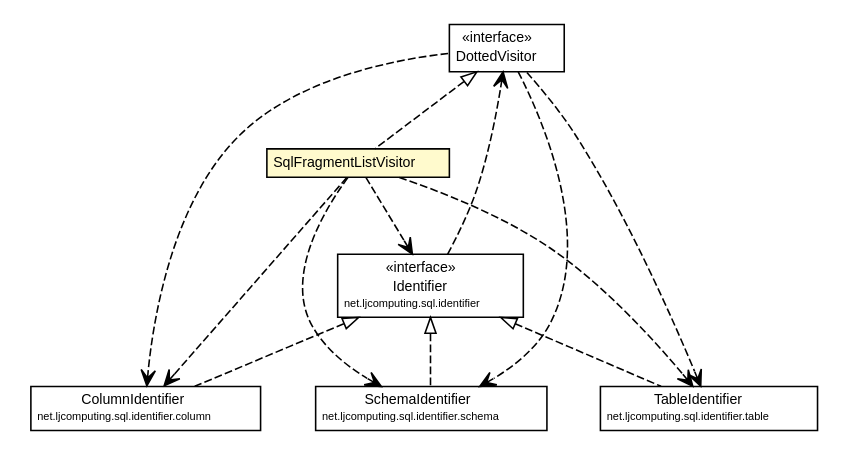
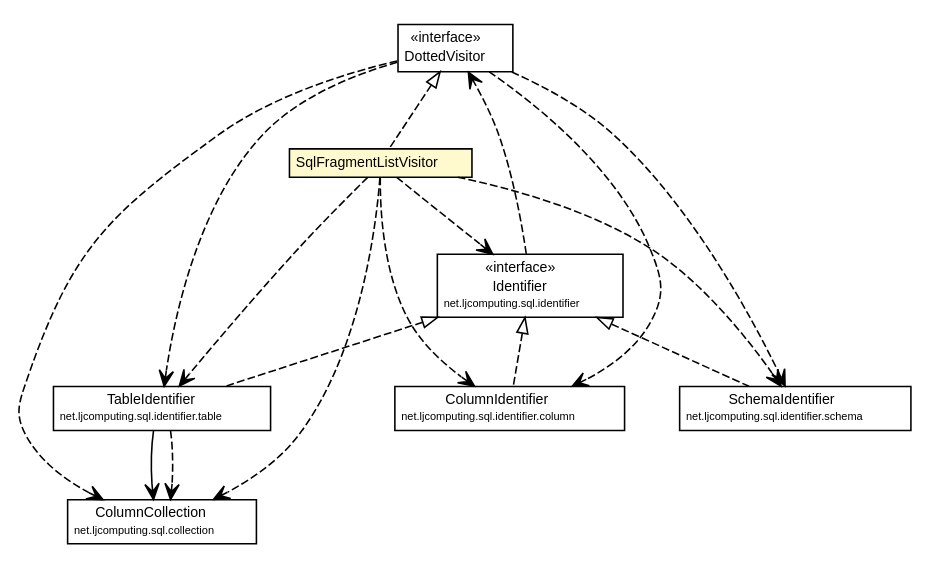
Before and after one commit to willmorejg/net.ljcomputing.sql: the diagram in docs/javadoc/apidocs/net/ljcomputing/sql/visitor/SqlFragmentListVisitor.dot, drawn with Graphviz. The commit also changed 141 other files, not shown here.

```diff
--- a/docs/javadoc/apidocs/net/ljcomputing/sql/visitor/SqlFragmentListVisitor.dot
+++ b/docs/javadoc/apidocs/net/ljcomputing/sql/visitor/SqlFragmentListVisitor.dot
@@ -1,78 +1,93 @@
 #!/usr/local/bin/dot
 #
 # Class diagram 
 # Generated by UMLGraph version R5_6 (http://www.umlgraph.org/)
 #
 
 digraph G {
 	edge [fontname="Helvetica",fontsize=10,labelfontname="Helvetica",labelfontsize=10];
 	node [fontname="Helvetica",fontsize=10,shape=plaintext];
 	nodesep=0.25;
 	ranksep=0.5;
 	// net.ljcomputing.sql.visitor.DottedVisitor
 	c1074 [label=<<table title="net.ljcomputing.sql.visitor.DottedVisitor" border="0" cellborder="1" cellspacing="0" cellpadding="2" port="p" href="./DottedVisitor.html">
 		<tr><td><table border="0" cellspacing="0" cellpadding="1">
 <tr><td align="center" balign="center"> &#171;interface&#187; </td></tr>
 <tr><td align="center" balign="center"> DottedVisitor </td></tr>
 		</table></td></tr>
 		</table>>, URL="./DottedVisitor.html", fontname="Helvetica", fontcolor="black", fontsize=9.0];
 	// net.ljcomputing.sql.visitor.SqlFragmentListVisitor
 	c1076 [label=<<table title="net.ljcomputing.sql.visitor.SqlFragmentListVisitor" border="0" cellborder="1" cellspacing="0" cellpadding="2" port="p" bgcolor="lemonChiffon" href="./SqlFragmentListVisitor.html">
 		<tr><td><table border="0" cellspacing="0" cellpadding="1">
 <tr><td align="center" balign="center"> SqlFragmentListVisitor </td></tr>
 		</table></td></tr>
 		</table>>, URL="./SqlFragmentListVisitor.html", fontname="Helvetica", fontcolor="black", fontsize=9.0];
+	// net.ljcomputing.sql.collection.ColumnCollection
+	c1081 [label=<<table title="net.ljcomputing.sql.collection.ColumnCollection" border="0" cellborder="1" cellspacing="0" cellpadding="2" port="p" href="../collection/ColumnCollection.html">
+		<tr><td><table border="0" cellspacing="0" cellpadding="1">
+<tr><td align="center" balign="center"> ColumnCollection </td></tr>
+<tr><td align="center" balign="center"><font point-size="7.0"> net.ljcomputing.sql.collection </font></td></tr>
+		</table></td></tr>
+		</table>>, URL="../collection/ColumnCollection.html", fontname="Helvetica", fontcolor="black", fontsize=9.0];
 	// net.ljcomputing.sql.identifier.schema.SchemaIdentifier
 	c1085 [label=<<table title="net.ljcomputing.sql.identifier.schema.SchemaIdentifier" border="0" cellborder="1" cellspacing="0" cellpadding="2" port="p" href="../identifier/schema/SchemaIdentifier.html">
 		<tr><td><table border="0" cellspacing="0" cellpadding="1">
 <tr><td align="center" balign="center"> SchemaIdentifier </td></tr>
 <tr><td align="center" balign="center"><font point-size="7.0"> net.ljcomputing.sql.identifier.schema </font></td></tr>
 		</table></td></tr>
 		</table>>, URL="../identifier/schema/SchemaIdentifier.html", fontname="Helvetica", fontcolor="black", fontsize=9.0];
 	// net.ljcomputing.sql.identifier.table.TableIdentifier
 	c1086 [label=<<table title="net.ljcomputing.sql.identifier.table.TableIdentifier" border="0" cellborder="1" cellspacing="0" cellpadding="2" port="p" href="../identifier/table/TableIdentifier.html">
 		<tr><td><table border="0" cellspacing="0" cellpadding="1">
 <tr><td align="center" balign="center"> TableIdentifier </td></tr>
 <tr><td align="center" balign="center"><font point-size="7.0"> net.ljcomputing.sql.identifier.table </font></td></tr>
 		</table></td></tr>
 		</table>>, URL="../identifier/table/TableIdentifier.html", fontname="Helvetica", fontcolor="black", fontsize=9.0];
 	// net.ljcomputing.sql.identifier.Identifier
 	c1088 [label=<<table title="net.ljcomputing.sql.identifier.Identifier" border="0" cellborder="1" cellspacing="0" cellpadding="2" port="p" href="../identifier/Identifier.html">
 		<tr><td><table border="0" cellspacing="0" cellpadding="1">
 <tr><td align="center" balign="center"> &#171;interface&#187; </td></tr>
 <tr><td align="center" balign="center"> Identifier </td></tr>
 <tr><td align="center" balign="center"><font point-size="7.0"> net.ljcomputing.sql.identifier </font></td></tr>
 		</table></td></tr>
 		</table>>, URL="../identifier/Identifier.html", fontname="Helvetica", fontcolor="black", fontsize=9.0];
 	// net.ljcomputing.sql.identifier.column.ColumnIdentifier
 	c1090 [label=<<table title="net.ljcomputing.sql.identifier.column.ColumnIdentifier" border="0" cellborder="1" cellspacing="0" cellpadding="2" port="p" href="../identifier/column/ColumnIdentifier.html">
 		<tr><td><table border="0" cellspacing="0" cellpadding="1">
 <tr><td align="center" balign="center"> ColumnIdentifier </td></tr>
 <tr><td align="center" balign="center"><font point-size="7.0"> net.ljcomputing.sql.identifier.column </font></td></tr>
 		</table></td></tr>
 		</table>>, URL="../identifier/column/ColumnIdentifier.html", fontname="Helvetica", fontcolor="black", fontsize=9.0];
 	//net.ljcomputing.sql.visitor.SqlFragmentListVisitor implements net.ljcomputing.sql.visitor.DottedVisitor
 	c1074:p -> c1076:p [dir=back,arrowtail=empty,style=dashed];
 	//net.ljcomputing.sql.identifier.schema.SchemaIdentifier implements net.ljcomputing.sql.identifier.Identifier
 	c1088:p -> c1085:p [dir=back,arrowtail=empty,style=dashed];
 	//net.ljcomputing.sql.identifier.table.TableIdentifier implements net.ljcomputing.sql.identifier.Identifier
 	c1088:p -> c1086:p [dir=back,arrowtail=empty,style=dashed];
 	//net.ljcomputing.sql.identifier.column.ColumnIdentifier implements net.ljcomputing.sql.identifier.Identifier
 	c1088:p -> c1090:p [dir=back,arrowtail=empty,style=dashed];
+	// net.ljcomputing.sql.identifier.table.TableIdentifier NAVASSOC net.ljcomputing.sql.collection.ColumnCollection
+	c1086:p -> c1081:p [taillabel="", label="", headlabel="", fontname="Helvetica", fontcolor="black", fontsize=10.0, color="black", arrowhead=open];
+	// net.ljcomputing.sql.visitor.DottedVisitor DEPEND net.ljcomputing.sql.identifier.table.TableIdentifier
+	c1074:p -> c1086:p [taillabel="", label="", headlabel="", fontname="Helvetica", fontcolor="black", fontsize=10.0, color="black", arrowhead=open, style=dashed];
+	// net.ljcomputing.sql.visitor.DottedVisitor DEPEND net.ljcomputing.sql.collection.ColumnCollection
+	c1074:p -> c1081:p [taillabel="", label="", headlabel="", fontname="Helvetica", fontcolor="black", fontsize=10.0, color="black", arrowhead=open, style=dashed];
 	// net.ljcomputing.sql.visitor.DottedVisitor DEPEND net.ljcomputing.sql.identifier.schema.SchemaIdentifier
 	c1074:p -> c1085:p [taillabel="", label="", headlabel="", fontname="Helvetica", fontcolor="black", fontsize=10.0, color="black", arrowhead=open, style=dashed];
-	// net.ljcomputing.sql.visitor.DottedVisitor DEPEND net.ljcomputing.sql.identifier.table.TableIdentifier
-	c1074:p -> c1086:p [taillabel="", label="", headlabel="", fontname="Helvetica", fontcolor="black", fontsize=10.0, color="black", arrowhead=open, style=dashed];
 	// net.ljcomputing.sql.visitor.DottedVisitor DEPEND net.ljcomputing.sql.identifier.column.ColumnIdentifier
 	c1074:p -> c1090:p [taillabel="", label="", headlabel="", fontname="Helvetica", fontcolor="black", fontsize=10.0, color="black", arrowhead=open, style=dashed];
+	// net.ljcomputing.sql.visitor.SqlFragmentListVisitor DEPEND net.ljcomputing.sql.identifier.table.TableIdentifier
+	c1076:p -> c1086:p [taillabel="", label="", headlabel="", fontname="Helvetica", fontcolor="black", fontsize=10.0, color="black", arrowhead=open, style=dashed];
+	// net.ljcomputing.sql.visitor.SqlFragmentListVisitor DEPEND net.ljcomputing.sql.collection.ColumnCollection
+	c1076:p -> c1081:p [taillabel="", label="", headlabel="", fontname="Helvetica", fontcolor="black", fontsize=10.0, color="black", arrowhead=open, style=dashed];
+	// net.ljcomputing.sql.visitor.SqlFragmentListVisitor DEPEND net.ljcomputing.sql.identifier.schema.SchemaIdentifier
+	c1076:p -> c1085:p [taillabel="", label="", headlabel="", fontname="Helvetica", fontcolor="black", fontsize=10.0, color="black", arrowhead=open, style=dashed];
+	// net.ljcomputing.sql.visitor.SqlFragmentListVisitor DEPEND net.ljcomputing.sql.identifier.column.ColumnIdentifier
+	c1076:p -> c1090:p [taillabel="", label="", headlabel="", fontname="Helvetica", fontcolor="black", fontsize=10.0, color="black", arrowhead=open, style=dashed];
 	// net.ljcomputing.sql.visitor.SqlFragmentListVisitor DEPEND net.ljcomputing.sql.identifier.Identifier
 	c1076:p -> c1088:p [taillabel="", label="", headlabel="", fontname="Helvetica", fontcolor="black", fontsize=10.0, color="black", arrowhead=open, style=dashed];
-	// net.ljcomputing.sql.visitor.SqlFragmentListVisitor DEPEND net.ljcomputing.sql.identifier.schema.SchemaIdentifier
-	c1076:p -> c1085:p [taillabel="", label="", headlabel="", fontname="Helvetica", fontcolor="black", fontsize=10.0, color="black", arrowhead=open, style=dashed];
-	// net.ljcomputing.sql.visitor.SqlFragmentListVisitor DEPEND net.ljcomputing.sql.identifier.table.TableIdentifier
-	c1076:p -> c1086:p [taillabel="", label="", headlabel="", fontname="Helvetica", fontcolor="black", fontsize=10.0, color="black", arrowhead=open, style=dashed];
-	// net.ljcomputing.sql.visitor.SqlFragmentListVisitor DEPEND net.ljcomputing.sql.identifier.column.ColumnIdentifier
-	c1076:p -> c1090:p [taillabel="", label="", headlabel="", fontname="Helvetica", fontcolor="black", fontsize=10.0, color="black", arrowhead=open, style=dashed];
+	// net.ljcomputing.sql.identifier.table.TableIdentifier DEPEND net.ljcomputing.sql.collection.ColumnCollection
+	c1086:p -> c1081:p [taillabel="", label="", headlabel="", fontname="Helvetica", fontcolor="black", fontsize=10.0, color="black", arrowhead=open, style=dashed];
 	// net.ljcomputing.sql.identifier.Identifier DEPEND net.ljcomputing.sql.visitor.DottedVisitor
 	c1088:p -> c1074:p [taillabel="", label="", headlabel="", fontname="Helvetica", fontcolor="black", fontsize=10.0, color="black", arrowhead=open, style=dashed];
 }
```
